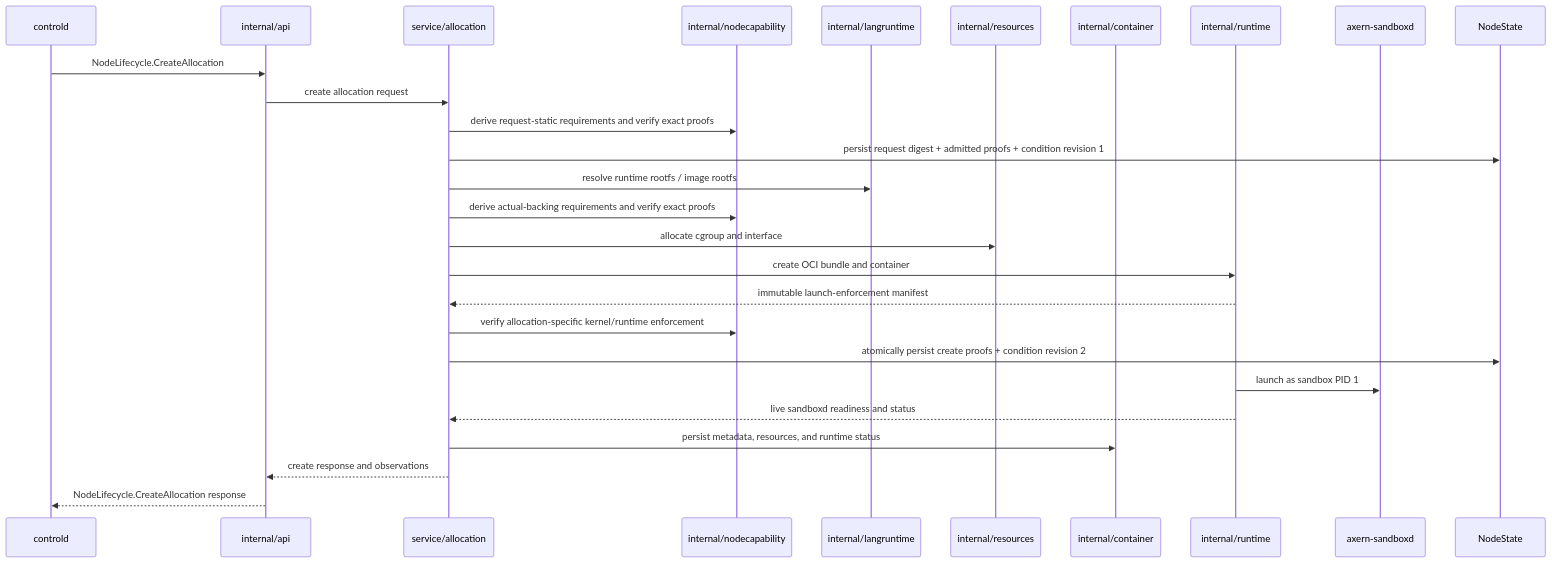
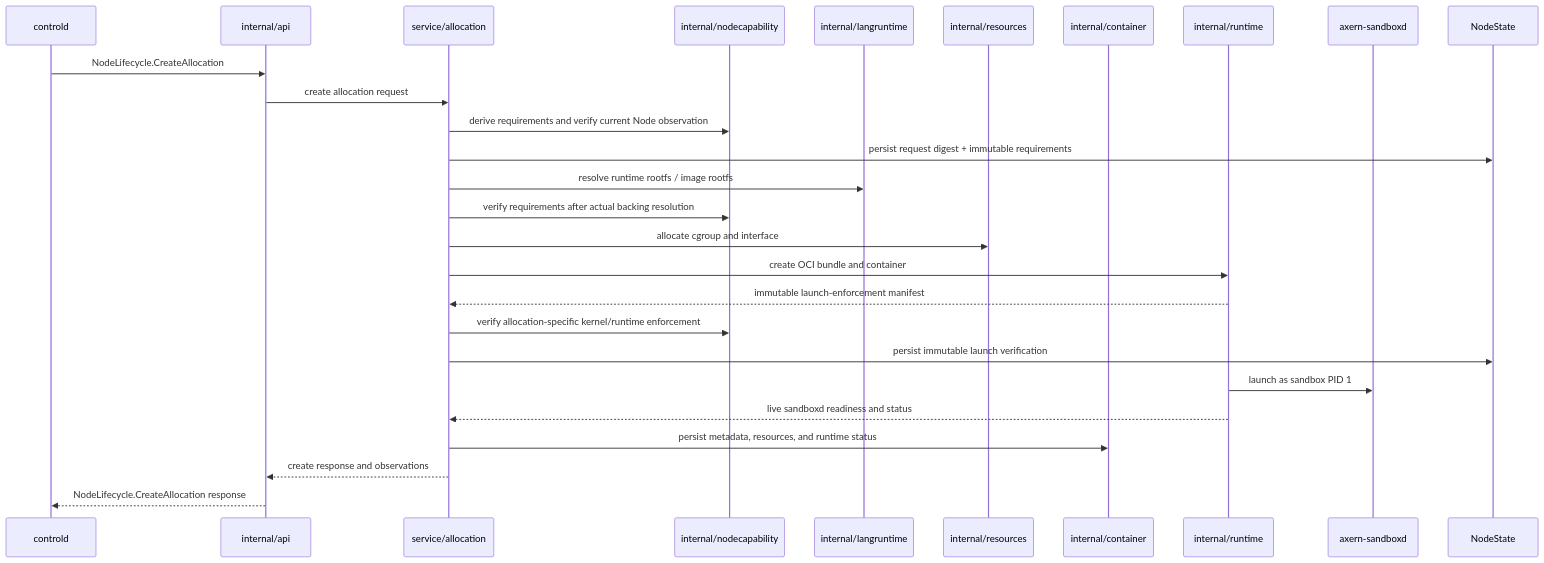
The second of 3 diagrams in runtime/axnoded/docs/architecture.md (cofy-x/axern), drawn with Mermaid before and after one commit. The commit also changed other lines of this file and 149 other files, not shown here.

Commit message:
refactor(capability): converge admission and observation model

````diff
--- a/runtime/axnoded/docs/architecture.md
+++ b/runtime/axnoded/docs/architecture.md
@@ -72,29 +72,29 @@
 ```mermaid
 sequenceDiagram
     participant Control as controld
     participant API as internal/api
     participant Start as service/allocation
     participant Capability as internal/nodecapability
     participant LangRT as internal/langruntime
     participant Resources as internal/resources
     participant Container as internal/container
     participant Runtime as internal/runtime
     participant Sandboxd as axern-sandboxd
 
     Control->>API: NodeLifecycle.CreateAllocation
     API->>Start: create allocation request
-    Start->>Capability: derive request-static requirements and verify exact proofs
-    Start->>NodeState: persist request digest + admitted proofs + condition revision 1
+    Start->>Capability: derive requirements and verify current Node observation
+    Start->>NodeState: persist request digest + immutable requirements
     Start->>LangRT: resolve runtime rootfs / image rootfs
-    Start->>Capability: derive actual-backing requirements and verify exact proofs
+    Start->>Capability: verify requirements after actual backing resolution
     Start->>Resources: allocate cgroup and interface
     Start->>Runtime: create OCI bundle and container
     Runtime-->>Start: immutable launch-enforcement manifest
     Start->>Capability: verify allocation-specific kernel/runtime enforcement
-    Start->>NodeState: atomically persist create proofs + condition revision 2
+    Start->>NodeState: persist immutable launch verification
     Runtime->>Sandboxd: launch as sandbox PID 1
     Runtime-->>Start: live sandboxd readiness and status
     Start->>Container: persist metadata, resources, and runtime status
     Start-->>API: create response and observations
     API-->>Control: NodeLifecycle.CreateAllocation response
 ```
````
